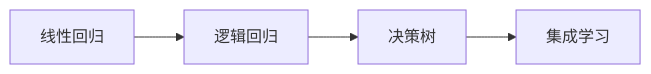
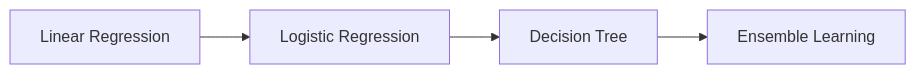
The diagram in docs/ch05-machine-learning/ch02-supervised/00-roadmap.md (oudbiao/AI-fullstack-course), drawn with Mermaid before and after one commit. The commit also changed other lines of this file and 1406 other files, not shown here.

````diff
--- a/docs/ch05-machine-learning/ch02-supervised/00-roadmap.md
+++ b/docs/ch05-machine-learning/ch02-supervised/00-roadmap.md
@@ -27,6 +27,6 @@
 ```mermaid
 flowchart LR
-    A["线性回归"] --> B["逻辑回归"]
-    B --> C["决策树"]
-    C --> D["集成学习"]
+    A["Linear Regression"] --> B["Logistic Regression"]
+    B --> C["Decision Tree"]
+    C --> D["Ensemble Learning"]
 ```
````
